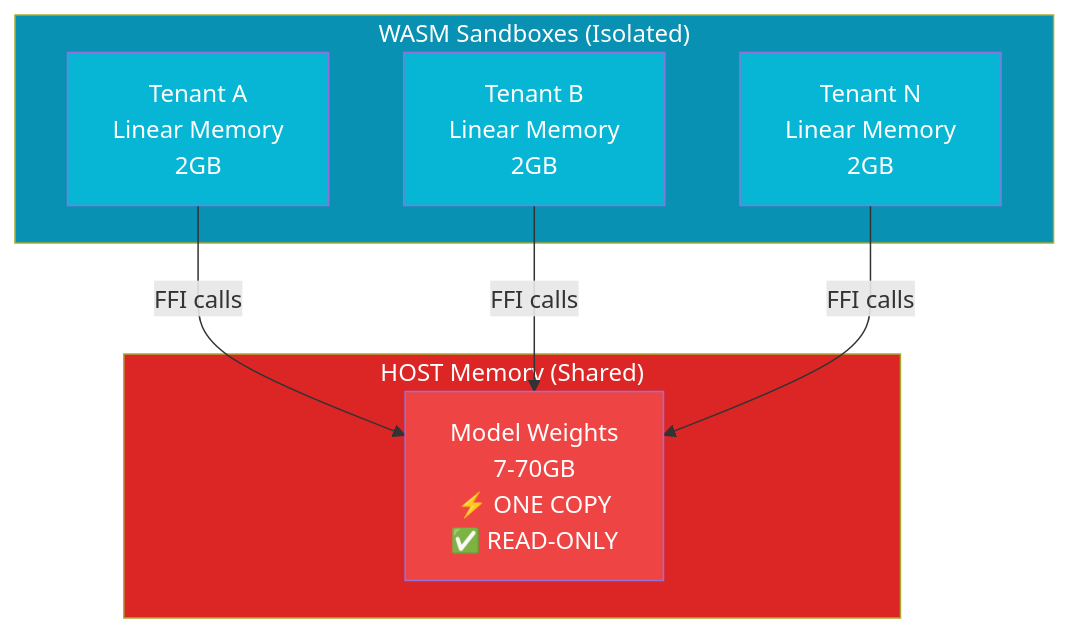
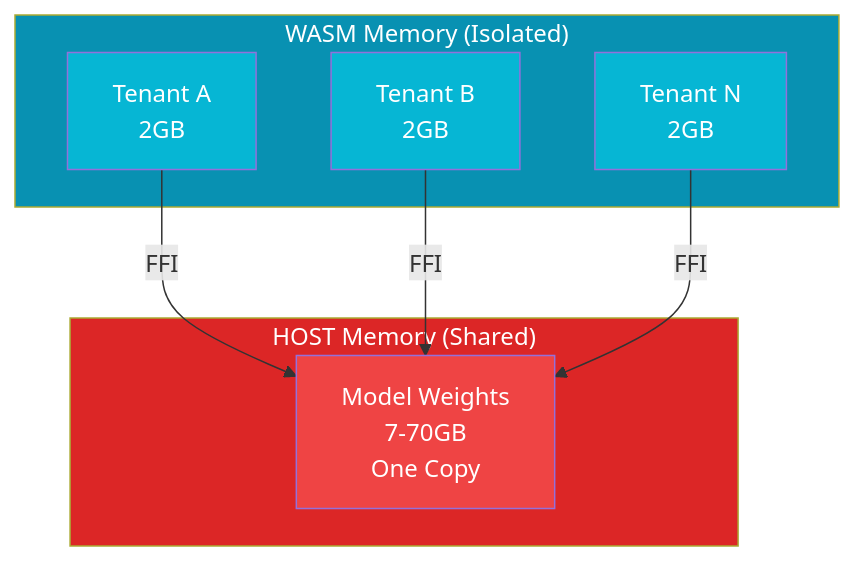
The fifth of 5 diagrams in README.md (Querent-ai/realm), drawn with Mermaid before and after one commit. The commit also changed other lines of this file, not shown here.

````diff
--- a/README.md
+++ b/README.md
@@ -380,22 +343,22 @@
 ```mermaid
 graph TB
-    subgraph WASM["WASM Sandboxes (Isolated)"]
-        TA["Tenant A<br/>Linear Memory<br/>2GB"]
-        TB["Tenant B<br/>Linear Memory<br/>2GB"]
-        TN["Tenant N<br/>Linear Memory<br/>2GB"]
+    subgraph WASM["WASM Memory (Isolated)"]
+        T1["Tenant A<br/>2GB"]
+        T2["Tenant B<br/>2GB"]
+        T3["Tenant N<br/>2GB"]
         style WASM fill:#0891b2,color:#fff
-        style TA fill:#06b6d4,color:#fff
-        style TB fill:#06b6d4,color:#fff
-        style TN fill:#06b6d4,color:#fff
+        style T1 fill:#06b6d4,color:#fff
+        style T2 fill:#06b6d4,color:#fff
+        style T3 fill:#06b6d4,color:#fff
     end
     
     subgraph HOST["HOST Memory (Shared)"]
-        WEIGHTS["Model Weights<br/>7-70GB<br/>⚡ ONE COPY<br/>✅ READ-ONLY"]
+        W["Model Weights<br/>7-70GB<br/>One Copy"]
         style HOST fill:#dc2626,color:#fff
-        style WEIGHTS fill:#ef4444,color:#fff
+        style W fill:#ef4444,color:#fff
     end
     
-    TA -->|FFI calls| WEIGHTS
-    TB -->|FFI calls| WEIGHTS
-    TN -->|FFI calls| WEIGHTS
+    T1 -->|FFI| W
+    T2 -->|FFI| W
+    T3 -->|FFI| W
 ```
````
